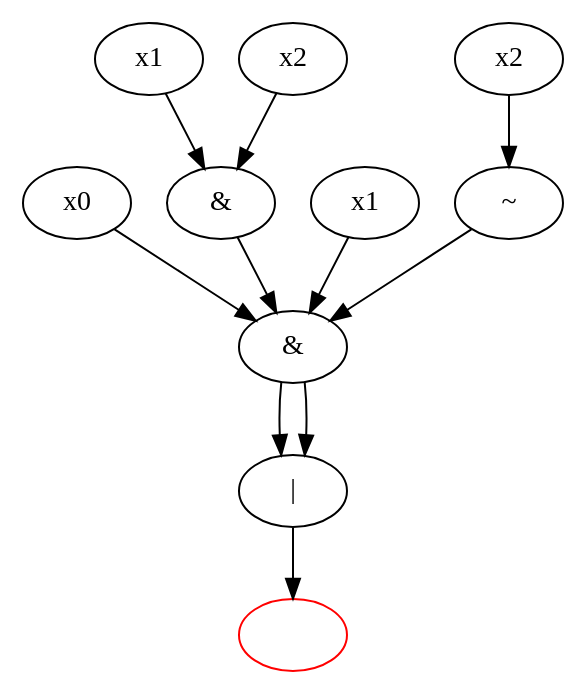
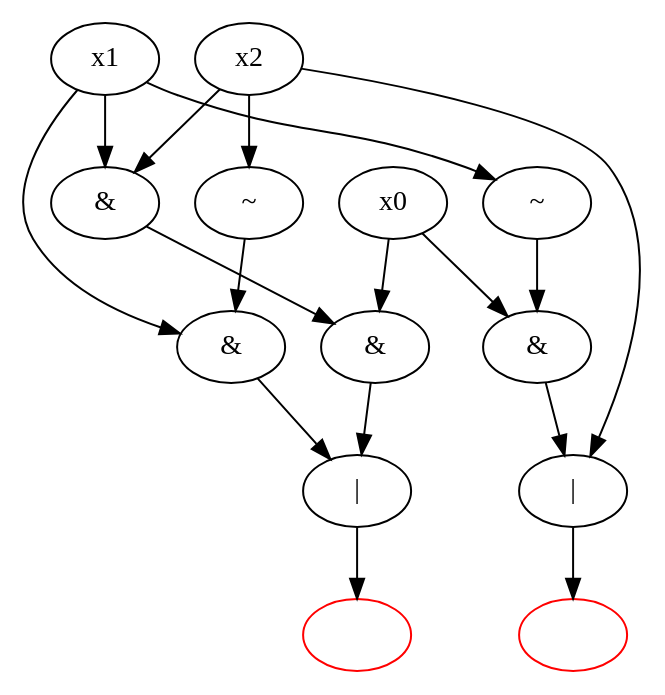
The diagram in digraph.dot (Martin-Masson/projet-graphs-python), drawn with Graphviz before and after one commit. The commit also changed 13 other files, not shown here.

```diff
--- a/digraph.dot
+++ b/digraph.dot
@@ -1,23 +1,33 @@
 digraph G {
     v1 [color=red];
     v1 [label=""];
     v0 [label="|"];
     v0 -> v1;
     v2 [label="&"];
     v2 -> v0;
-    v2 -> v0;
-    v3 [label="x0"];
-    v3 -> v2;
     v4 [label="&"];
     v4 -> v2;
-    v5 [label="x1"];
-    v5 -> v4;
-    v6 [label="x2"];
-    v6 -> v4;
-    v8 [label="x1"];
-    v8 -> v2;
+    v7 [label="&"];
+    v7 -> v0;
     v9 [label="~"];
-    v9 -> v2;
-    v10 [label="x2"];
-    v10 -> v9;
+    v9 -> v7;
+    v12 [color=red];
+    v12 [label=""];
+    v11 [label="|"];
+    v11 -> v12;
+    v13 [label="&"];
+    v13 -> v11;
+    v14 [label="x0"];
+    v14 -> v13;
+    v14 -> v2;
+    v15 [label="~"];
+    v15 -> v13;
+    v16 [label="x1"];
+    v16 -> v15;
+    v16 -> v7;
+    v16 -> v4;
+    v17 [label="x2"];
+    v17 -> v11;
+    v17 -> v9;
+    v17 -> v4;
 }
```
